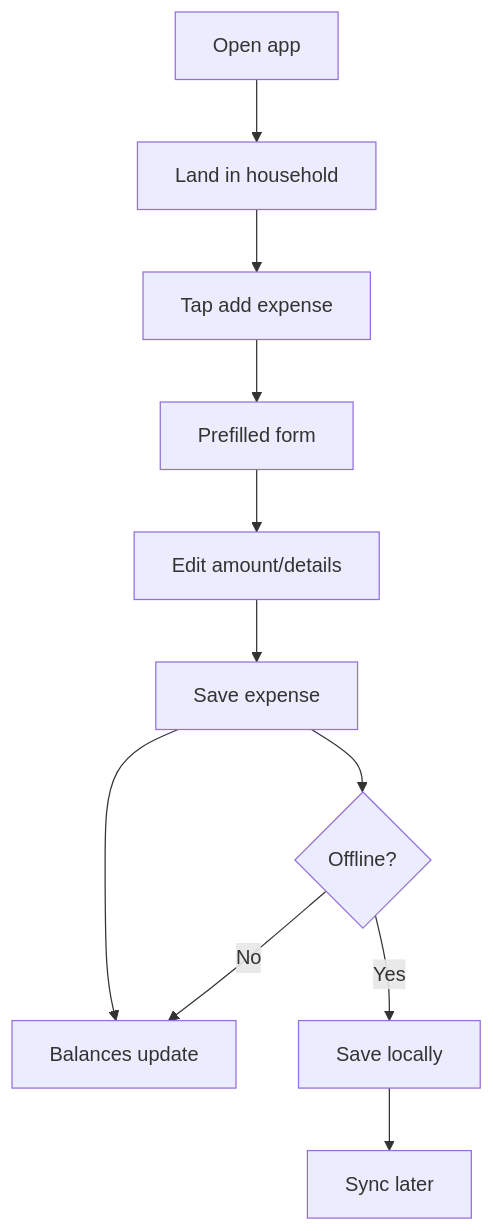
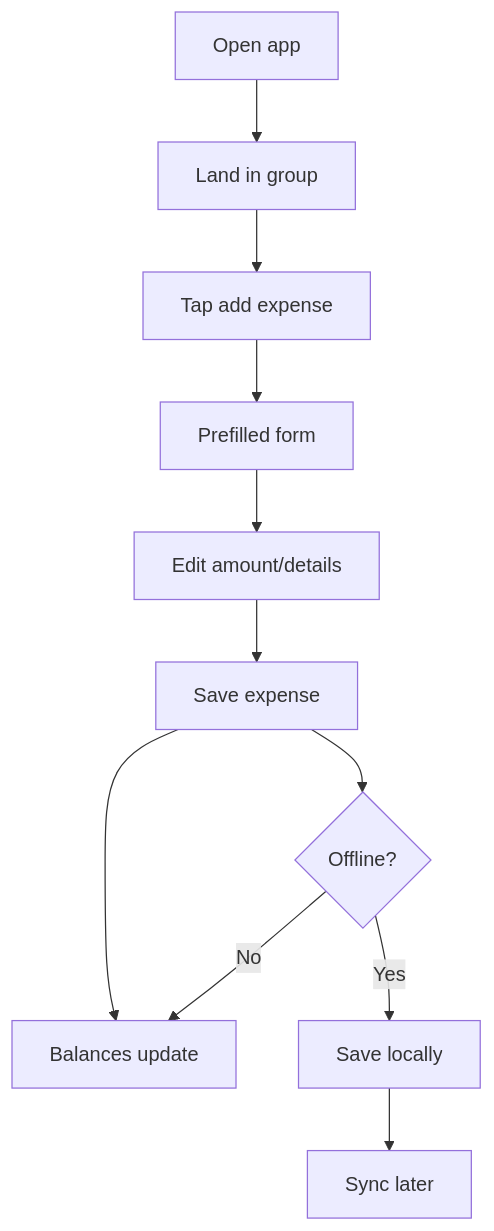
Before and after one commit to ahparhizgar/opensplit: the first of 3 diagrams in _bmad-output/planning-artifacts/ux-design-specification.md, drawn with Mermaid. The commit also changed other lines of this file and 150 other files, not shown here.

Commit message:
Rename household to group

````diff
--- a/_bmad-output/planning-artifacts/ux-design-specification.md
+++ b/_bmad-output/planning-artifacts/ux-design-specification.md
@@ -258,13 +258,13 @@
 ```mermaid
 flowchart TD
-  A[Open app] --> B[Land in household]
+  A[Open app] --> B[Land in group]
   B --> C[Tap add expense]
   C --> D[Prefilled form]
   D --> E[Edit amount/details]
   E --> F[Save expense]
   F --> G[Balances update]
   F --> H{Offline?}
   H -->|Yes| I[Save locally]
   I --> J[Sync later]
   H -->|No| G
 ```
````
